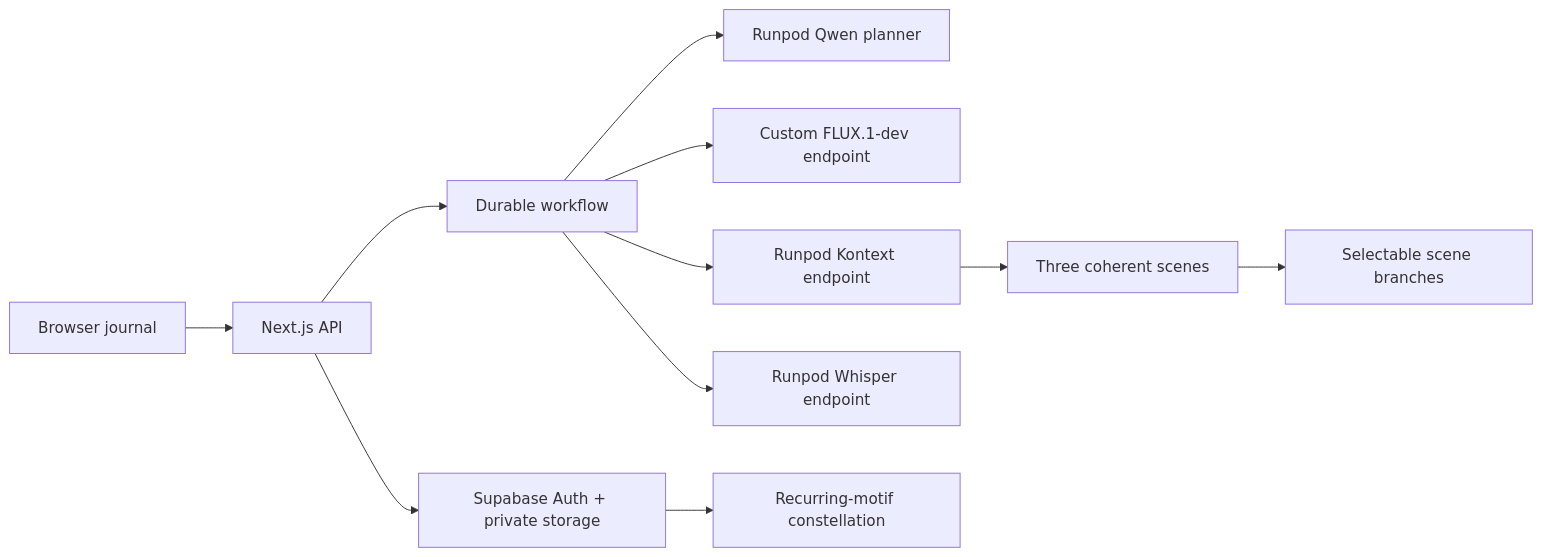
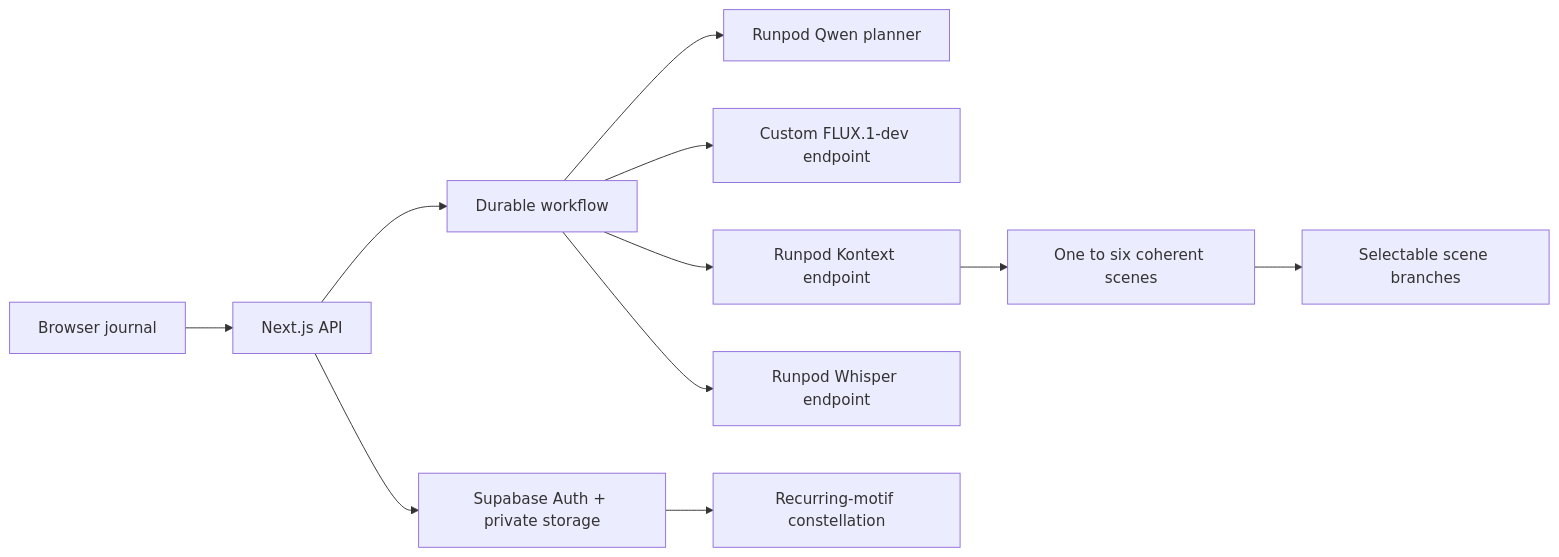
The first of 2 diagrams in README.md (samuelczhao/runpod-flux-serverless), drawn with Mermaid before and after one commit. The commit also changed other lines of this file and 23 other files, not shown here.

````diff
--- a/README.md
+++ b/README.md
@@ -18,13 +18,13 @@
 ```mermaid
 flowchart LR
     A[Browser journal] --> B[Next.js API]
     B --> C[Supabase Auth + private storage]
     B --> D[Durable workflow]
     D --> E[Runpod Qwen planner]
     D --> F[Custom FLUX.1-dev endpoint]
     D --> G[Runpod Kontext endpoint]
     D --> K[Runpod Whisper endpoint]
-    G --> H[Three coherent scenes]
+    G --> H[One to six coherent scenes]
     H --> I[Selectable scene branches]
     C --> J[Recurring-motif constellation]
 ```
````
